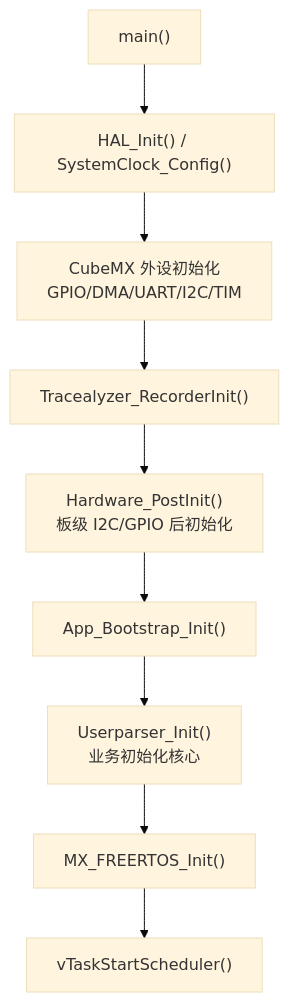
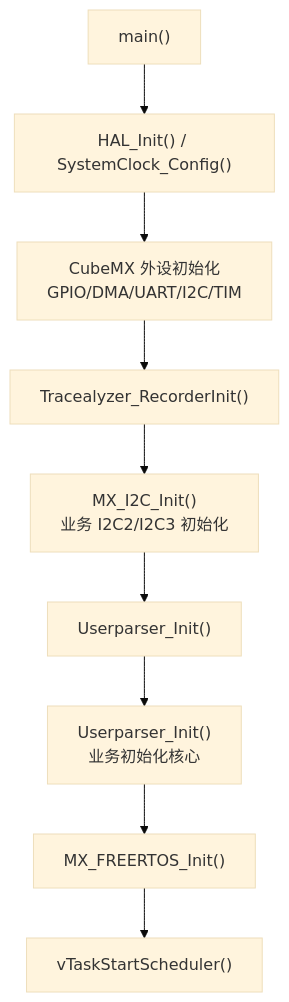
The fourth of 14 diagrams in docs/software-debug-report.md (HW9711/EH-main), drawn with Mermaid (base theme) before and after one commit. The commit also changed other lines of this file and 46 other files, not shown here.

````diff
--- a/docs/software-debug-report.md
+++ b/docs/software-debug-report.md
@@ -471,11 +471,11 @@
 ```mermaid
 flowchart TD
     A["main()"] --> B["HAL_Init() / SystemClock_Config()"]
     B --> C["CubeMX 外设初始化\nGPIO/DMA/UART/I2C/TIM"]
     C --> D["Tracealyzer_RecorderInit()"]
-    D --> E["Hardware_PostInit()\n板级 I2C/GPIO 后初始化"]
-    E --> F["App_Bootstrap_Init()"]
+    D --> E["MX_I2C_Init()\n业务 I2C2/I2C3 初始化"]
+    E --> F["Userparser_Init()"]
     F --> G["Userparser_Init()\n业务初始化核心"]
     G --> H["MX_FREERTOS_Init()"]
     H --> I["vTaskStartScheduler()"]
 ```
````
